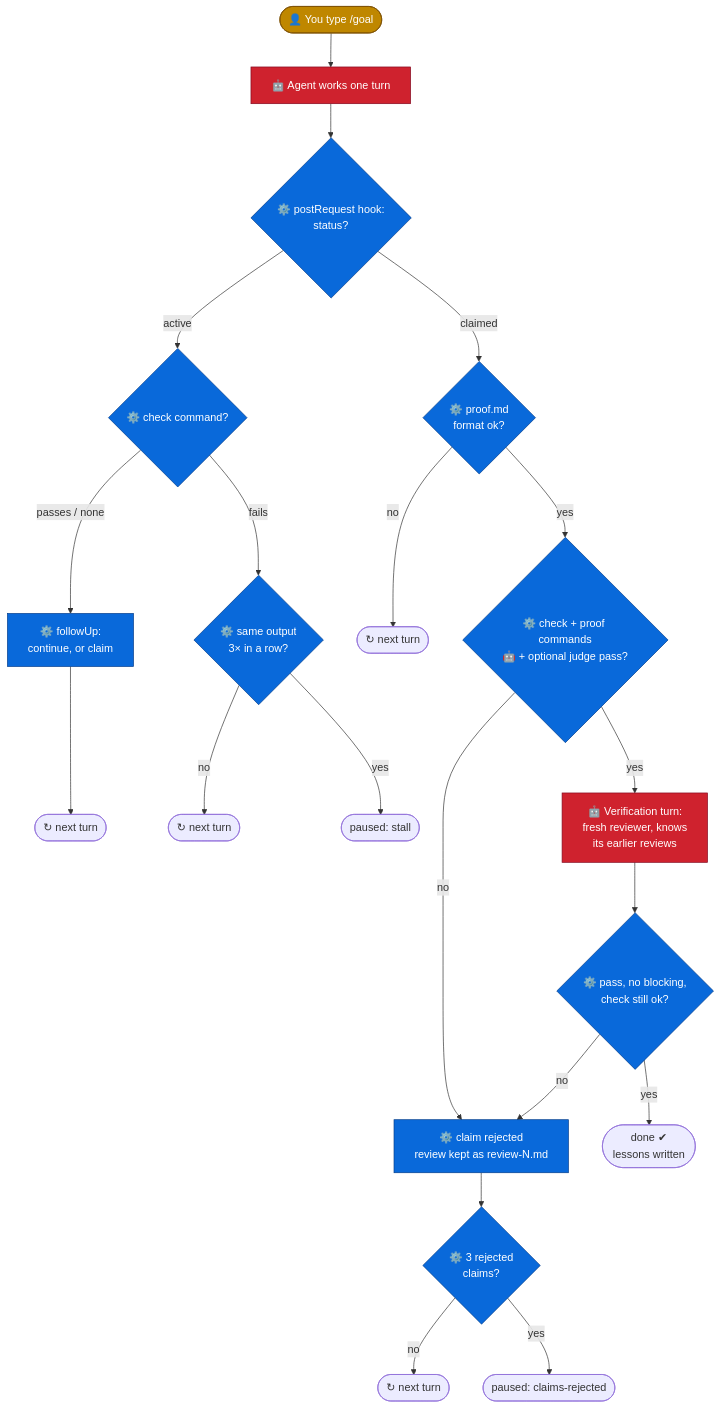
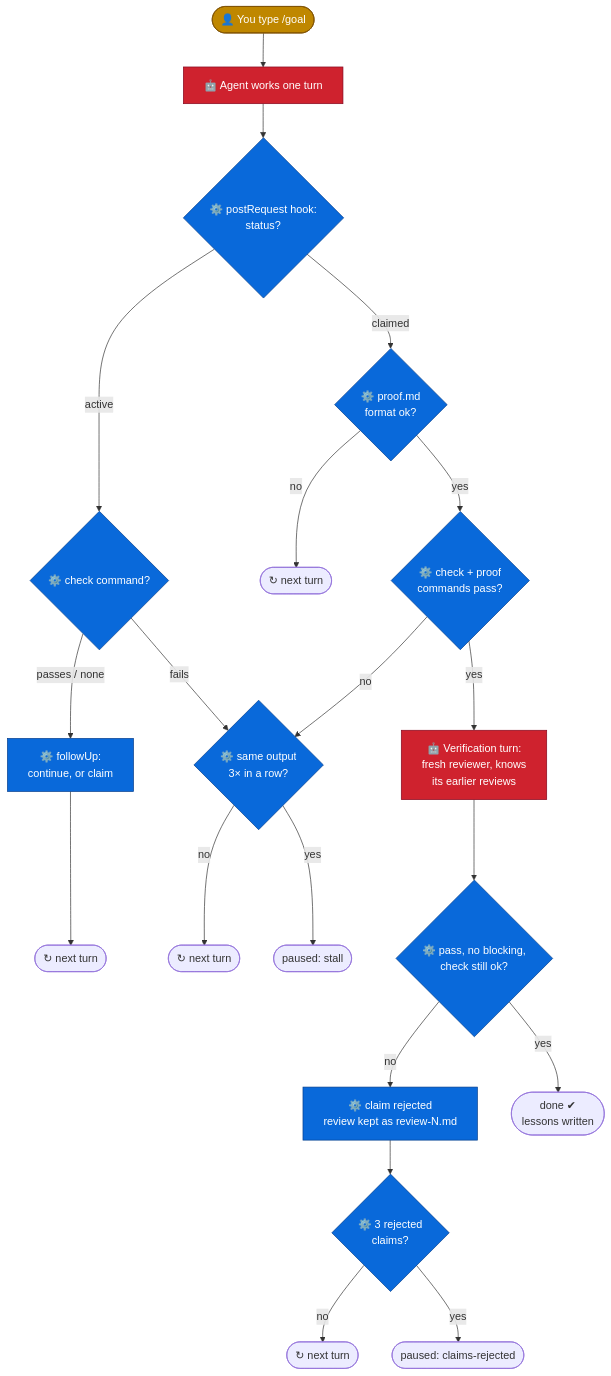
The diagram in README.md (brdloush/eca-goal), drawn with Mermaid before and after one commit. The commit also changed other lines of this file and 9 other files, not shown here.

````diff
--- a/README.md
+++ b/README.md
@@ -28,29 +28,29 @@
 ```mermaid
 flowchart TD
     U([👤 You type /goal]):::human --> W[🤖 Agent works one turn]:::llm
     W --> H{⚙️ postRequest hook:<br/>status?}:::script
 
     H -- active --> C{⚙️ check command?}:::script
     H -- claimed --> F{⚙️ proof.md<br/>format ok?}:::script
 
     C -- fails --> S{⚙️ same output<br/>3× in a row?}:::script
     C -- passes / none --> N[⚙️ followUp:<br/>continue, or claim]:::script
     N --> T1([↻ next turn])
     S -- no --> T2([↻ next turn])
     S -- yes --> P1([paused: stall])
 
     F -- no --> T3([↻ next turn])
-    F -- yes --> M{⚙️ check + proof commands<br/>🤖 + optional judge pass?}:::script
+    F -- yes --> M{⚙️ check + proof<br/>commands pass?}:::script
+    M -- no --> S
     M -- yes --> V[🤖 Verification turn:<br/>fresh reviewer, knows<br/>its earlier reviews]:::llm
-    M -- no --> R[⚙️ claim rejected<br/>review kept as review-N.md]:::script
     V --> D{⚙️ pass, no blocking,<br/>check still ok?}:::script
-    D -- no --> R
+    D -- no --> R[⚙️ claim rejected<br/>review kept as review-N.md]:::script
     D -- yes --> DONE([done ✔<br/>lessons written])
     R --> L{⚙️ 3 rejected<br/>claims?}:::script
     L -- no --> T4([↻ next turn])
     L -- yes --> P2([paused: claims-rejected])
 
     classDef human  fill:#bf8700,stroke:#7d4e00,color:#ffffff
     classDef llm    fill:#cf222e,stroke:#82071e,color:#ffffff
     classDef script fill:#0969da,stroke:#033d8b,color:#ffffff
 ```
````
